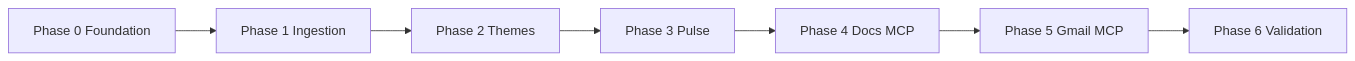
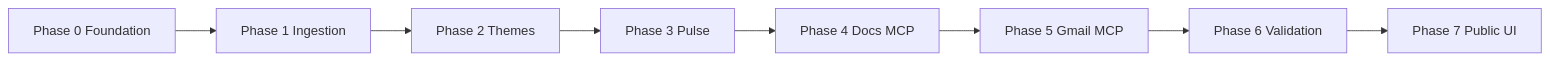
The diagram in Docs/phase-wise-implementationplan.md (Rukhsar24081998/Weekly_Pulse_Grow-), drawn with Mermaid before and after one commit. The commit also changed other lines of this file and 5 other files, not shown here.

Commit message:
Add phase-7 folder and eval docs for public deployment layer.

````diff
--- a/Docs/phase-wise-implementationplan.md
+++ b/Docs/phase-wise-implementationplan.md
@@ -712,12 +785,13 @@
 ```mermaid
 flowchart LR
     P0[Phase 0 Foundation]
     P1[Phase 1 Ingestion]
     P2[Phase 2 Themes]
     P3[Phase 3 Pulse]
     P4[Phase 4 Docs MCP]
     P5[Phase 5 Gmail MCP]
     P6[Phase 6 Validation]
+    P7[Phase 7 Public UI]
 
-    P0 --> P1 --> P2 --> P3 --> P4 --> P5 --> P6
+    P0 --> P1 --> P2 --> P3 --> P4 --> P5 --> P6 --> P7
 ```
````
